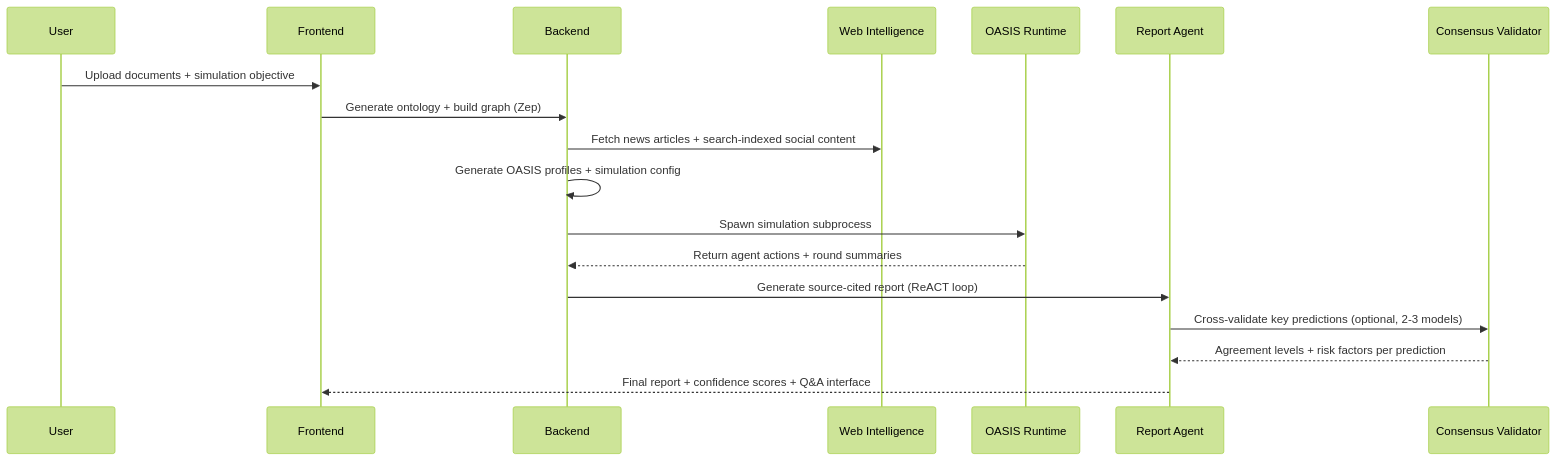
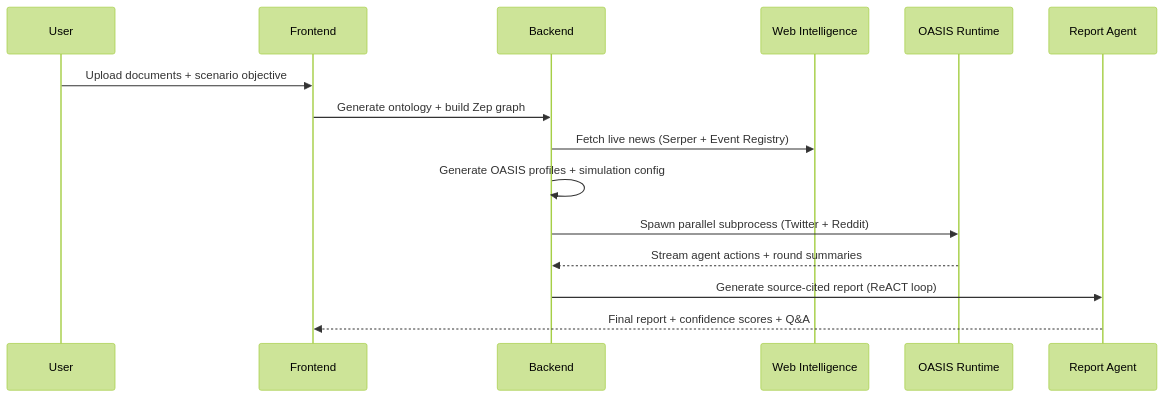
One commit to inbharatai/phoring changed the second of 2 diagrams in README.md. Above: the diagram before and after it, drawn with Mermaid (forest theme). The commit also changed other lines of this file, not shown here.

Commit message:
docs: world-class README with accurate tech stack and live demo

````diff
--- a/README.md
+++ b/README.md
@@ -117,21 +123,18 @@
 ```mermaid
 sequenceDiagram
     participant User
     participant Frontend
     participant Backend
     participant Intel as Web Intelligence
     participant Runtime as OASIS Runtime
     participant Report as Report Agent
-    participant Consensus as Consensus Validator
 
-    User->>Frontend: Upload documents + simulation objective
-    Frontend->>Backend: Generate ontology + build graph (Zep)
-    Backend->>Intel: Fetch news articles + search-indexed social content
+    User->>Frontend: Upload documents + scenario objective
+    Frontend->>Backend: Generate ontology + build Zep graph
+    Backend->>Intel: Fetch live news (Serper + Event Registry)
     Backend->>Backend: Generate OASIS profiles + simulation config
-    Backend->>Runtime: Spawn simulation subprocess
-    Runtime-->>Backend: Return agent actions + round summaries
+    Backend->>Runtime: Spawn parallel subprocess (Twitter + Reddit)
+    Runtime-->>Backend: Stream agent actions + round summaries
     Backend->>Report: Generate source-cited report (ReACT loop)
-    Report->>Consensus: Cross-validate key predictions (optional, 2-3 models)
-    Consensus-->>Report: Agreement levels + risk factors per prediction
-    Report-->>Frontend: Final report + confidence scores + Q&A interface
+    Report-->>Frontend: Final report + confidence scores + Q&A
 ```
````
